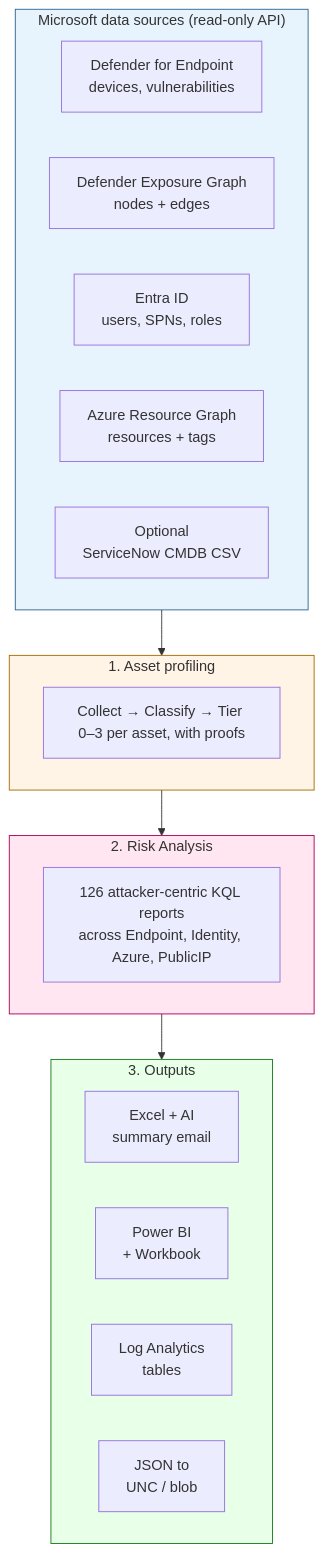
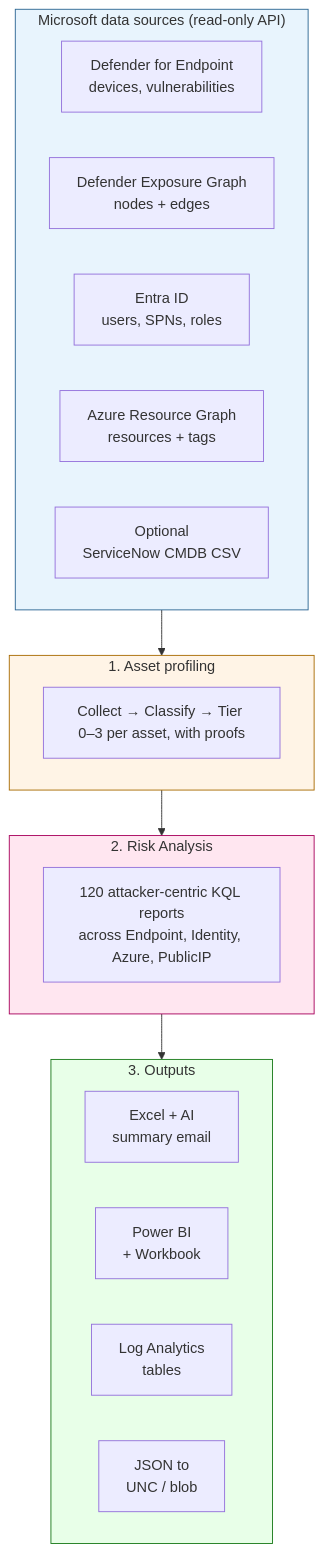
The first of 10 diagrams in README.md (KnudsenMorten/SecurityInsight), drawn with Mermaid before and after one commit. The commit also changed other lines of this file and 5 other files, not shown here.

````diff
--- a/README.md
+++ b/README.md
@@ -159,29 +159,29 @@
 ```mermaid
 flowchart TB
     subgraph SOURCES ["Microsoft data sources (read-only API)"]
         direction LR
         S1[Defender for Endpoint<br/>devices, vulnerabilities]
         S2[Defender Exposure Graph<br/>nodes + edges]
         S3[Entra ID<br/>users, SPNs, roles]
         S4[Azure Resource Graph<br/>resources + tags]
         S5[Optional<br/>ServiceNow CMDB CSV]
     end
     subgraph PROFILE ["1. Asset profiling"]
         P1[Collect → Classify → Tier 0–3 per asset, with proofs]
     end
     subgraph RA ["2. Risk Analysis"]
-        R1[126 attacker-centric KQL reports<br/>across Endpoint, Identity, Azure, PublicIP]
+        R1[120 attacker-centric KQL reports<br/>across Endpoint, Identity, Azure, PublicIP]
     end
     subgraph OUT ["3. Outputs"]
         direction LR
         O1[Excel + AI<br/>summary email]
         O2[Power BI<br/>+ Workbook]
         O3[Log Analytics<br/>tables]
         O4[JSON to<br/>UNC / blob]
     end
     SOURCES --> PROFILE --> RA --> OUT
     style SOURCES fill:#e8f4fd,stroke:#2a6592
     style PROFILE fill:#fff4e6,stroke:#a86a00
     style RA fill:#ffe6f0,stroke:#a8005c
     style OUT fill:#e8ffe8,stroke:#1a7a1a
 ```
````
